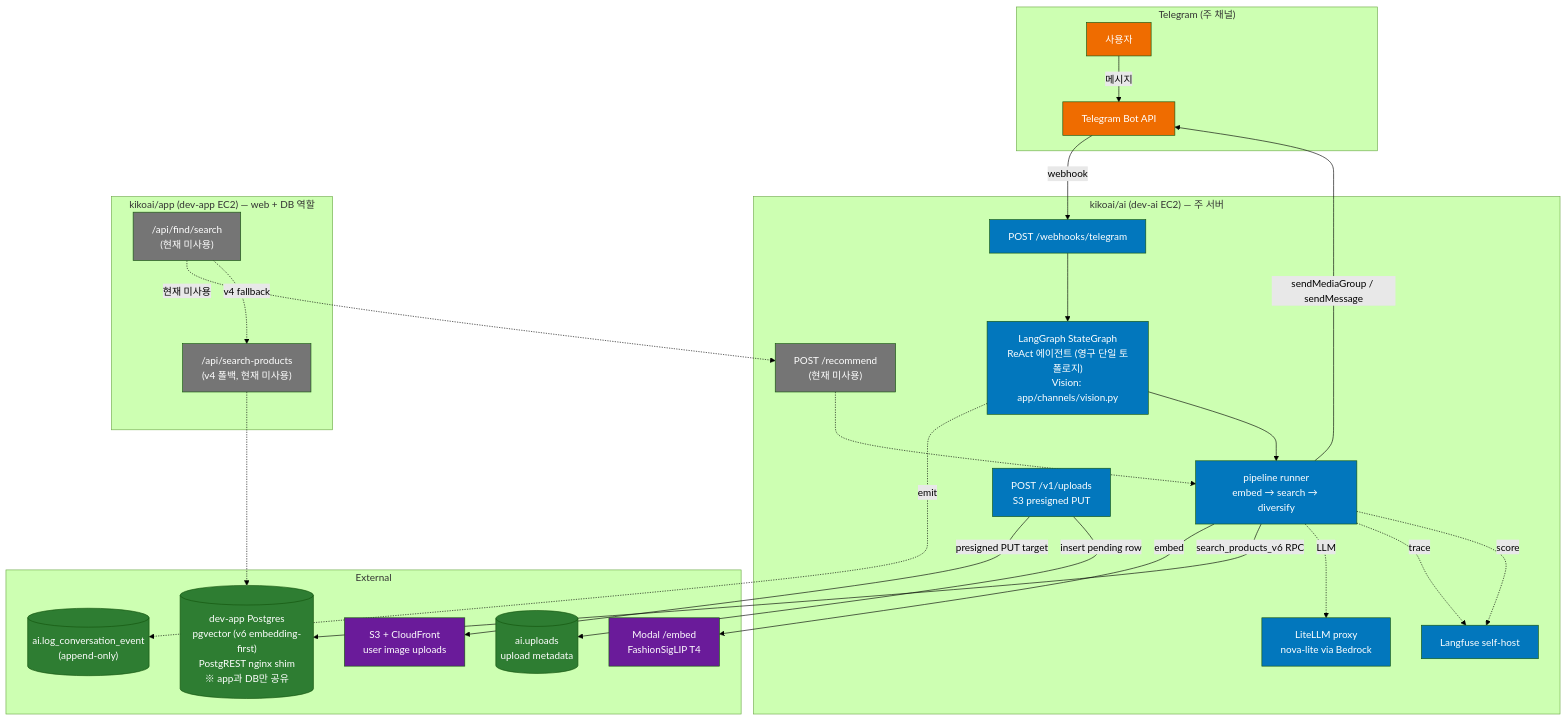
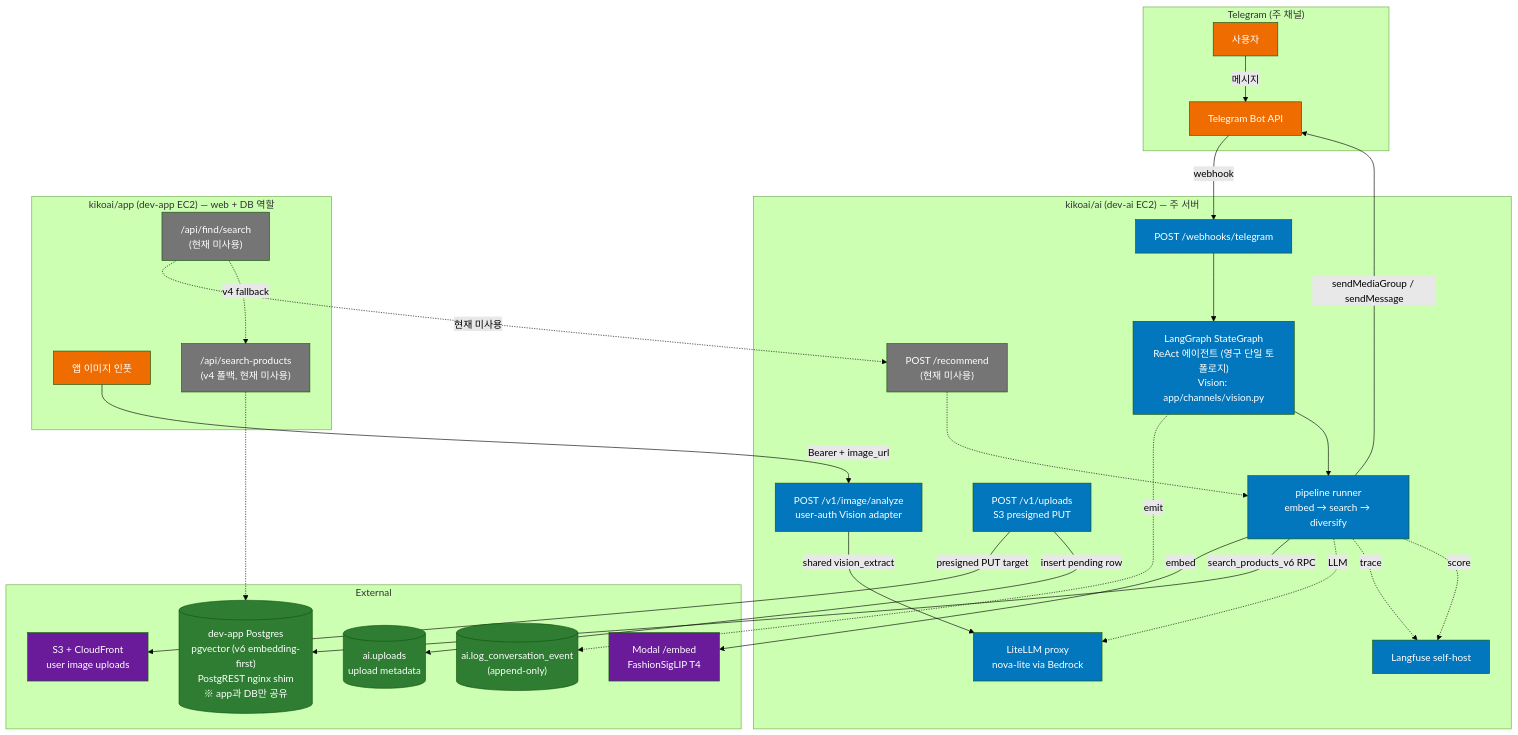
One commit to endurance-ai/ai-server changed the first of 5 diagrams in docs/ARCHITECTURE.md. Above: the diagram before and after it, drawn with Mermaid (forest theme). The commit also changed other lines of this file and 3 other files, not shown here.

````diff
--- a/docs/ARCHITECTURE.md
+++ b/docs/ARCHITECTURE.md
@@ -34,62 +35,67 @@
 ```mermaid
 flowchart TB
     subgraph TG["Telegram (주 채널)"]
         TG_USER["사용자"]
         TG_API["Telegram Bot API"]
     end
 
     subgraph AI["kikoai/ai (dev-ai EC2) — 주 서버"]
         WH["POST /webhooks/telegram"]
         GRAPH["LangGraph StateGraph\nReAct 에이전트 (영구 단일 토폴로지)\nVision: app/channels/vision.py"]
         PIPE["pipeline runner\nembed → search → diversify"]
         UPLOADS["POST /v1/uploads\nS3 presigned PUT"]
+        IMAGE_ANALYZE["POST /v1/image/analyze\nuser-auth Vision adapter"]
         LITELLM["LiteLLM proxy\nnova-lite via Bedrock"]
         LFW["Langfuse self-host"]
         REC["POST /recommend\n(현재 미사용)"]
     end
 
     subgraph Ext["External"]
         MODAL["Modal /embed\nFashionSigLIP T4"]
         S3["S3 + CloudFront\nuser image uploads"]
         PG[("dev-app Postgres\npgvector (v6 embedding-first)\nPostgREST nginx shim\n※ app과 DB만 공유")]
         CONVLOG[("ai.log_conversation_event\n(append-only)")]
         UPLOADDB[("ai.uploads\nupload metadata")]
     end
 
     subgraph App["kikoai/app (dev-app EC2) — web + DB 역할"]
+        IMAGE_INPUT["앱 이미지 인풋"]
         FIND["/api/find/search\n(현재 미사용)"]
         V4["/api/search-products\n(v4 폴백, 현재 미사용)"]
     end
 
     TG_USER -->|메시지| TG_API
     TG_API -->|webhook| WH
     WH --> GRAPH
     GRAPH -.emit.-> CONVLOG
     GRAPH --> PIPE
     PIPE -->|sendMediaGroup / sendMessage| TG_API
     PIPE -->|embed| MODAL
     PIPE -->|search_products_v6 RPC| PG
     PIPE -.LLM.-> LITELLM
     PIPE -.trace.-> LFW
     PIPE -.score.-> LFW
     UPLOADS -->|presigned PUT target| S3
     UPLOADS -->|insert pending row| UPLOADDB
+    IMAGE_INPUT -->|Bearer + image_url| IMAGE_ANALYZE
+    IMAGE_ANALYZE -->|shared vision_extract| LITELLM
 
     FIND -. "현재 미사용" .-> REC
     FIND -. "v4 fallback" .-> V4
     V4 -.-> PG
     REC -.-> PIPE
 
     classDef primary fill:#ef6c00,color:#fff
     classDef ai fill:#0277bd,color:#fff
     classDef ext fill:#6a1b9a,color:#fff
     classDef data fill:#2e7d32,color:#fff
     classDef muted fill:#757575,color:#fff
 
     class TG_USER,TG_API primary
-    class WH,GRAPH,PIPE,UPLOADS,LITELLM,LFW ai
+    class WH,GRAPH,PIPE,UPLOADS,IMAGE_ANALYZE,LITELLM,LFW ai
     class REC muted
     class MODAL,S3 ext
     class PG,CONVLOG,UPLOADDB data
+    class IMAGE_INPUT primary
     class FIND,V4 muted
 ```
````
